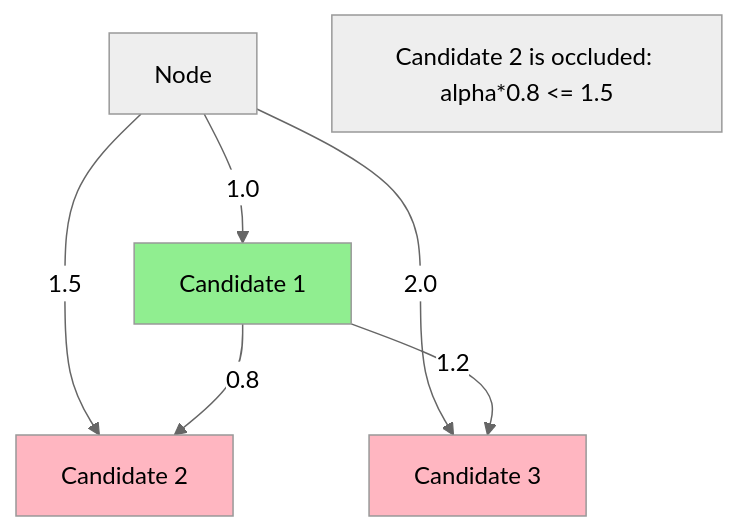
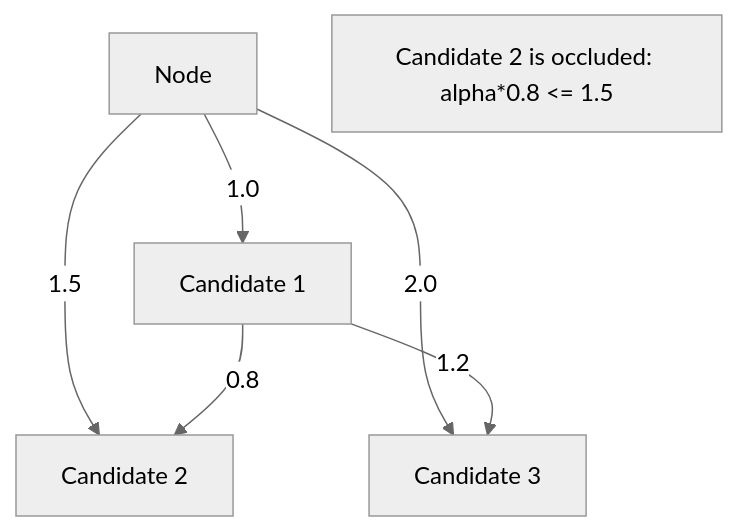
One commit to nexepic/zyx changed the third of 3 diagrams in docs/en/algorithms/diskann.md. Above: the diagram before and after it, drawn with Mermaid (neutral theme). The commit also changed other lines of this file and 13 other files, not shown here.

First line of the commit message:
fix: remove ASCII art and colorful diagrams from algorithm docs

````diff
--- a/docs/en/algorithms/diskann.md
+++ b/docs/en/algorithms/diskann.md
@@ -290,15 +283,12 @@
 ```mermaid
 graph TD
     A[Node] -->|1.0| B[Candidate 1]
     A -->|1.5| C[Candidate 2]
     A -->|2.0| D[Candidate 3]
 
     B -->|0.8| C
     B -->|1.2| D
 
-    style B fill:#90EE90
-    style C fill:#FFB6C1
-    style D fill:#FFB6C1
 
     Note["Candidate 2 is occluded: alpha*0.8 <= 1.5"]
 ```
````
